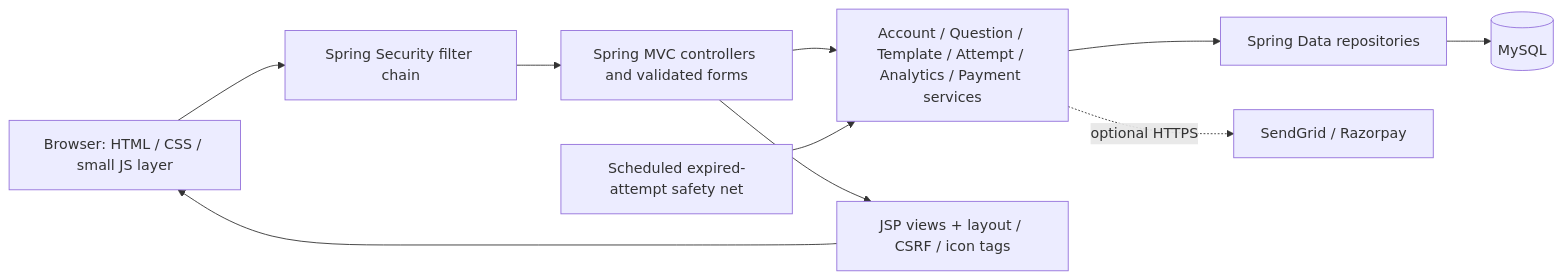
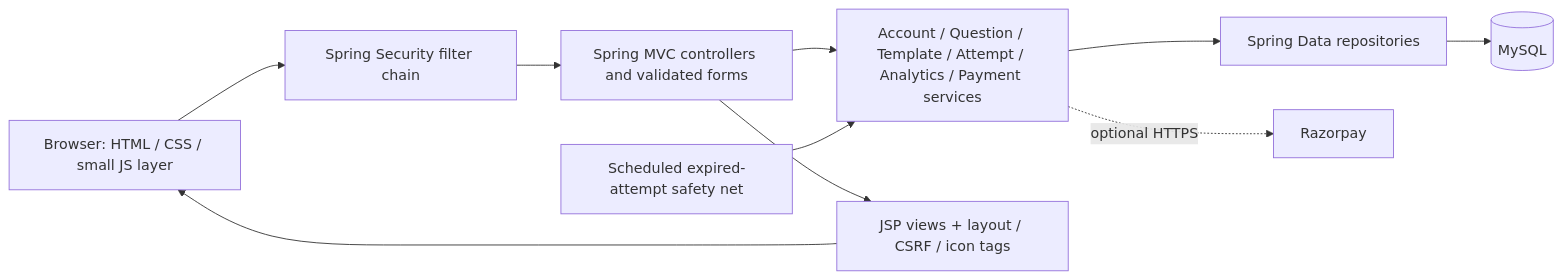
Before and after one commit to MKSubrahmanya12345/Aptitest---A-test-platform-for-CSE-IT-students: the first of 3 diagrams in docs/PROJECT_REPORT.md, drawn with Mermaid. The commit also changed other lines of this file and 31 other files, not shown here.

````diff
--- a/docs/PROJECT_REPORT.md
+++ b/docs/PROJECT_REPORT.md
@@ -39,12 +39,12 @@
 ```mermaid
 flowchart LR
     Browser[Browser: HTML / CSS / small JS layer] --> Security[Spring Security filter chain]
     Security --> MVC[Spring MVC controllers and validated forms]
     MVC --> Services[Account / Question / Template / Attempt / Analytics / Payment services]
     Services --> Repositories[Spring Data repositories]
     Repositories --> Database[(MySQL)]
     MVC --> Views[JSP views + layout / CSRF / icon tags]
     Views --> Browser
     Job[Scheduled expired-attempt safety net] --> Services
-    Services -. optional HTTPS .-> Providers[SendGrid / Razorpay]
+    Services -. optional HTTPS .-> Providers[Razorpay]
 ```
````
